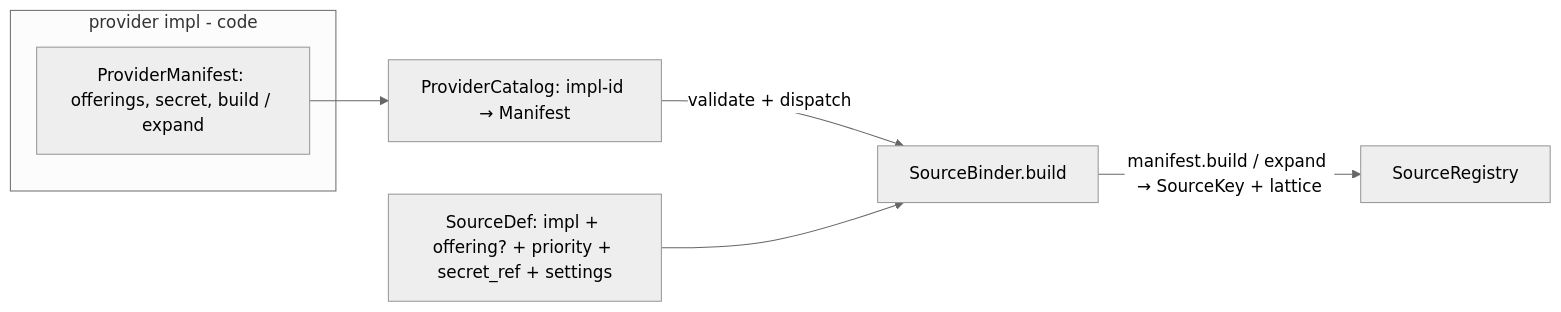
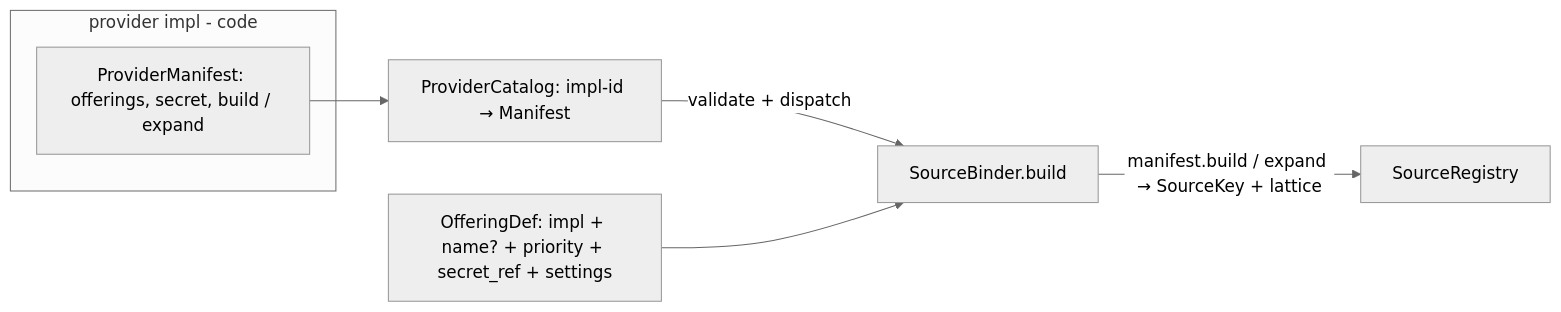
The second of 4 diagrams in docs/adr/0005-build-time-composition.md (dveyarangi/meteoscape), drawn with Mermaid (neutral theme) before and after one commit. The commit also changed other lines of this file and 34 other files, not shown here.

First line of the commit message:
Rename OfferingDef and Calculator* build-time nouns; clear concern #22.

````diff
--- a/docs/adr/0005-build-time-composition.md
+++ b/docs/adr/0005-build-time-composition.md
@@ -46,12 +46,12 @@
 ```mermaid
 flowchart LR
   subgraph impl [provider impl - code]
     M["ProviderManifest: offerings, secret, build / expand"]
   end
   CAT["ProviderCatalog: impl-id → Manifest"]
-  SD["SourceDef: impl + offering? + priority + secret_ref + settings"]
+  OD["OfferingDef: impl + name? + priority + secret_ref + settings"]
   M --> CAT
   CAT -->|validate + dispatch| SB[SourceBinder.build]
-  SD --> SB
+  OD --> SB
   SB -->|"manifest.build / expand → SourceKey + lattice"| PR[SourceRegistry]
 ```
````
